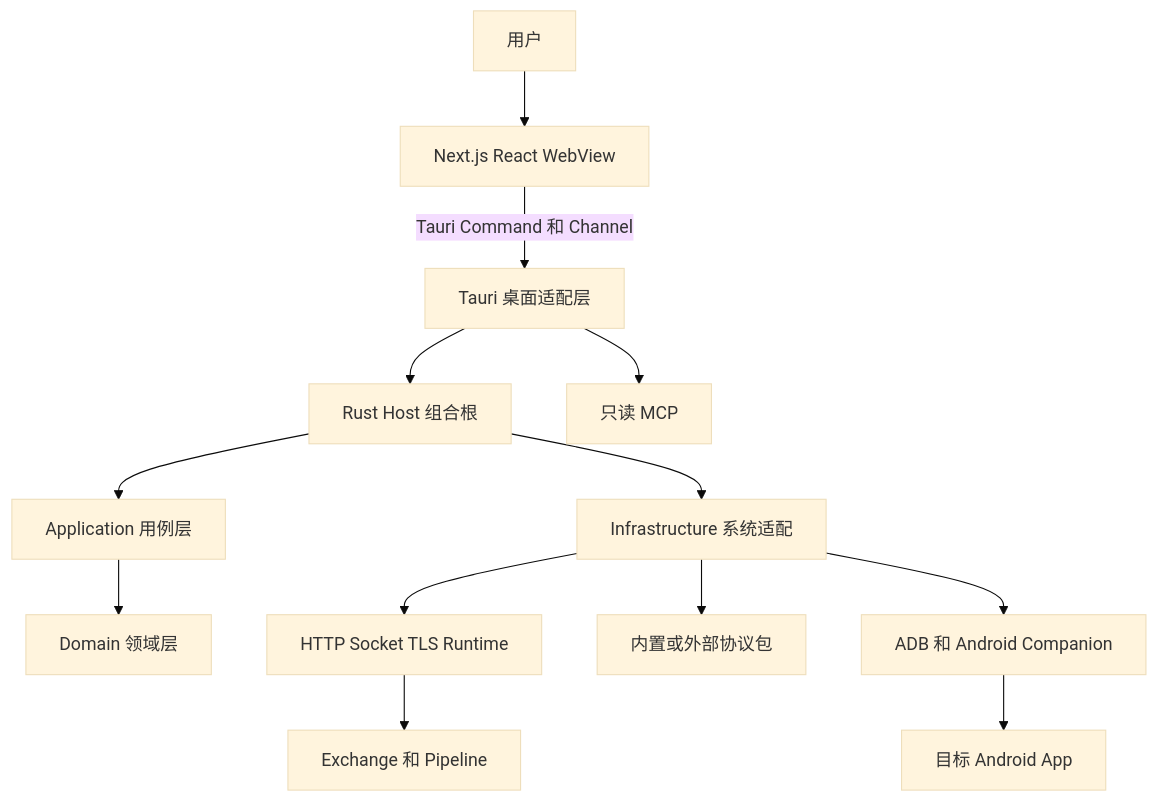
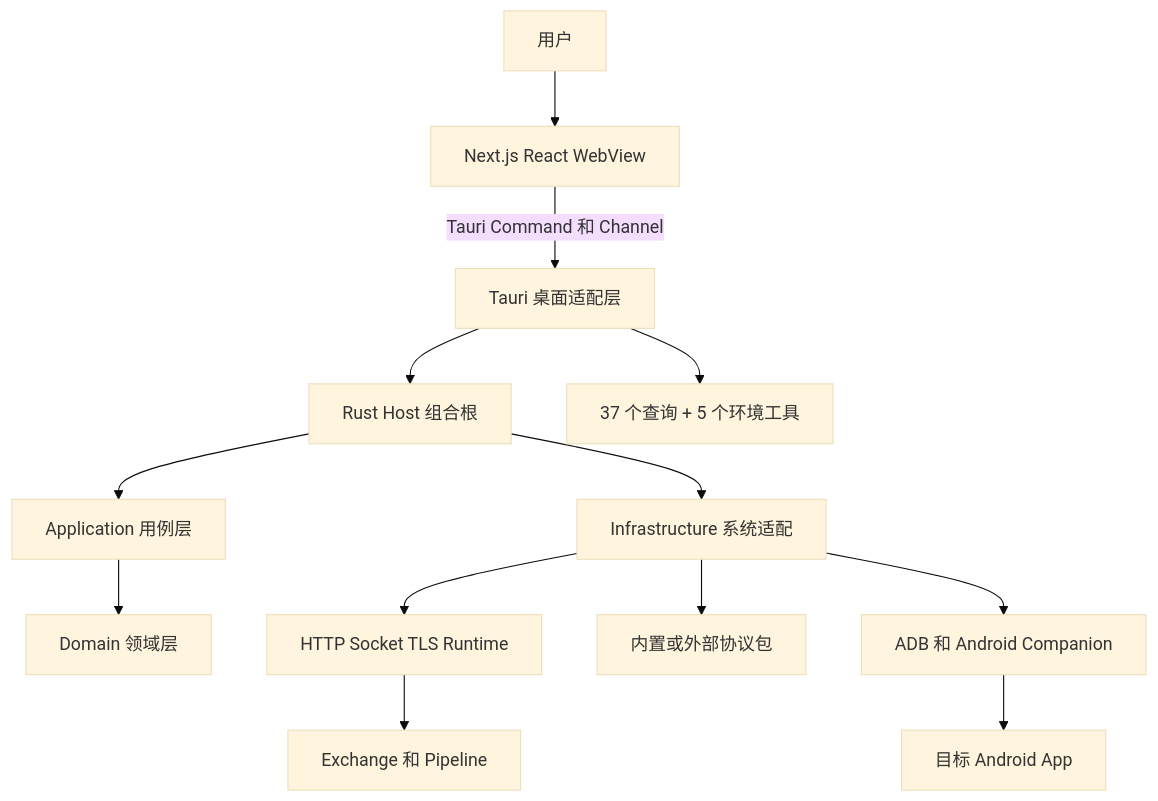
One commit to kouxko/gmofg-payment-proxy changed the diagram in docs/onboarding-guide.md. Above: the diagram before and after it, drawn with Mermaid (base theme). The commit also changed other lines of this file and 632 other files, not shown here.

````diff
--- a/docs/onboarding-guide.md
+++ b/docs/onboarding-guide.md
@@ -24,15 +24,15 @@
 ```mermaid
 flowchart TB
     USER[用户] --> UI[Next.js React WebView]
     UI -->|Tauri Command 和 Channel| DESKTOP[Tauri 桌面适配层]
     DESKTOP --> HOST[Rust Host 组合根]
     HOST --> APP[Application 用例层]
     APP --> DOMAIN[Domain 领域层]
     HOST --> INFRA[Infrastructure 系统适配]
     INFRA --> RUNTIME[HTTP Socket TLS Runtime]
     RUNTIME --> EXCHANGE[Exchange 和 Pipeline]
     INFRA --> SCRIPT[内置或外部协议包]
-    DESKTOP --> MCP[只读 MCP]
+    DESKTOP --> MCP[37 个查询 + 5 个环境工具]
     INFRA --> ANDROID[ADB 和 Android Companion]
     ANDROID --> TARGET[目标 Android App]
 ```
````
